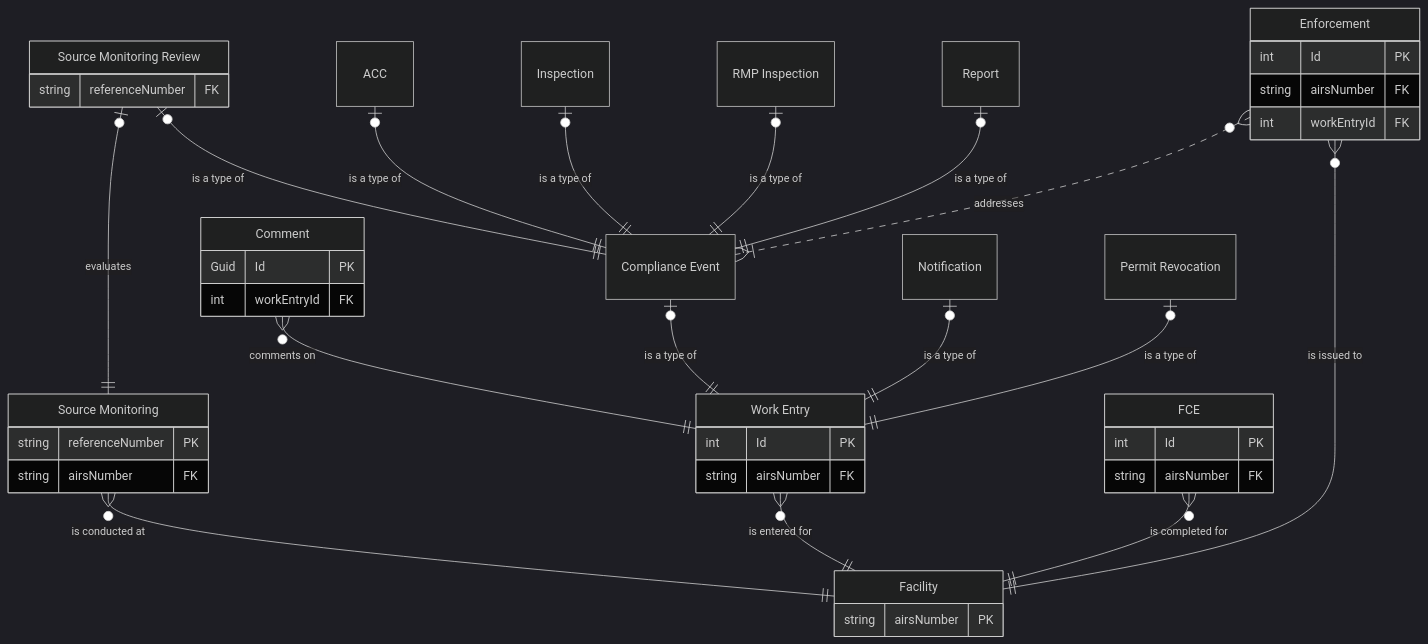
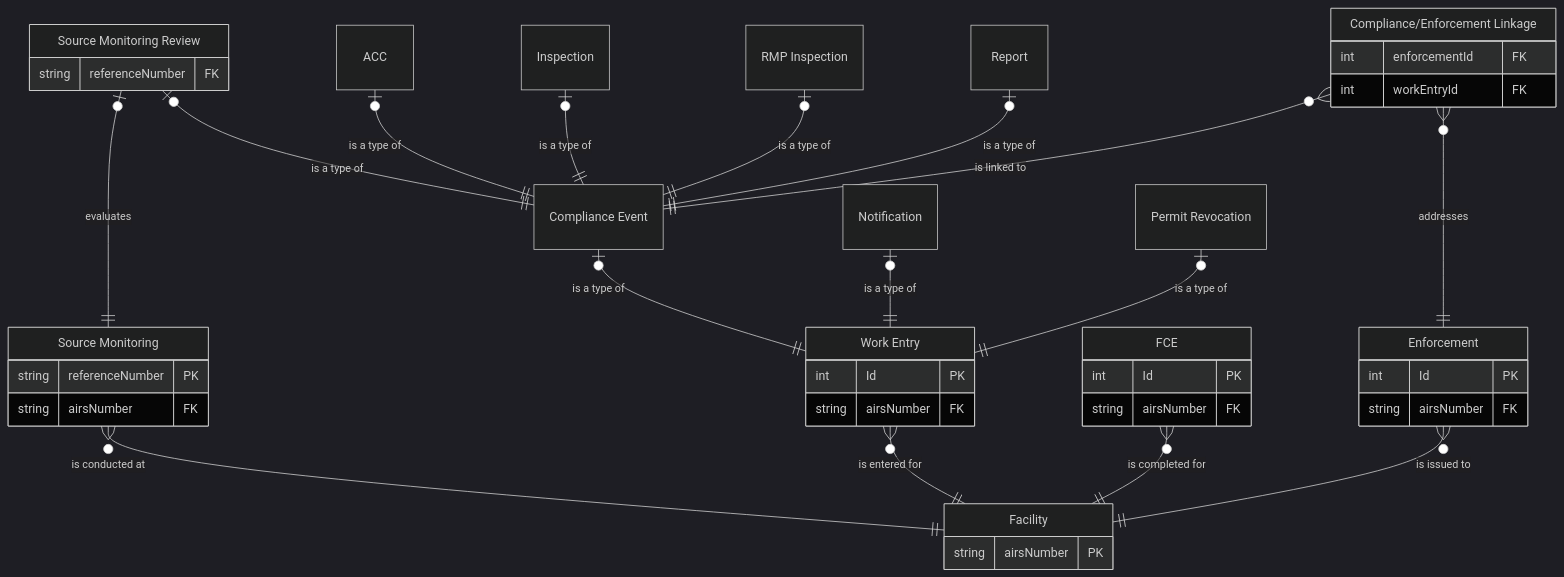
One commit to gaepdit/air-web changed the diagram in docs/Entity-relationship-diagram.md. Above: the diagram before and after it, drawn with Mermaid (dark theme). The commit also changed 1 other file, not shown here.

Commit message:
Update Enforcement workflow and ERDs

````diff
--- a/docs/Entity-relationship-diagram.md
+++ b/docs/Entity-relationship-diagram.md
@@ -28,70 +28,67 @@
 ```mermaid
 erDiagram
 
 FAC["Facility"] {
     string airsNumber PK
 }
 
 MON["Source Monitoring"] {
     string referenceNumber PK
     string airsNumber FK
 }
 
 FCE["FCE"] {
     int Id PK
     string airsNumber FK
 }
 
 WRK["Work Entry"] {
     int Id PK
     string airsNumber FK
 }
 
     CME["Compliance Event"]
 
         SMR["Source Monitoring Review"] {
             string referenceNumber FK
         }
         ACC["ACC"]
         INS["Inspection"]
         RMP["RMP Inspection"]
         REP["Report"]
 
     NOT["Notification"]
     
     REV["Permit Revocation"]
 
-COM["Comment"] {
-    Guid Id PK
-    int workEntryId FK
-}
-
 ENF["Enforcement"] {
     int Id PK
     string airsNumber FK
+}
+
+CEL["Compliance/Enforcement Linkage"] {
+    int enforcementId FK
     int workEntryId FK
 }
-
 
 SMR |o--|| CME : "is a type of"
 ACC |o--|| CME : "is a type of"
 INS |o--|| CME : "is a type of"
 RMP |o--|| CME : "is a type of"
 REP |o--|| CME : "is a type of"
-
-COM }o--|| WRK : "comments on"
 
 CME |o--|| WRK : "is a type of"
 NOT |o--|| WRK : "is a type of"
 REV |o--|| WRK : "is a type of"
 
 SMR |o--|| MON : "evaluates"
 
 MON }o--|| FAC : "is conducted at"
 WRK }o--|| FAC : "is entered for"
 FCE }o--|| FAC : "is completed for"
 ENF }o--|| FAC : "is issued to"
 
-ENF }o..|{ CME : "addresses"
+CEL }o--|| ENF : "addresses"
+CEL }o--|| CME : "is linked to"
 
 ```
````
